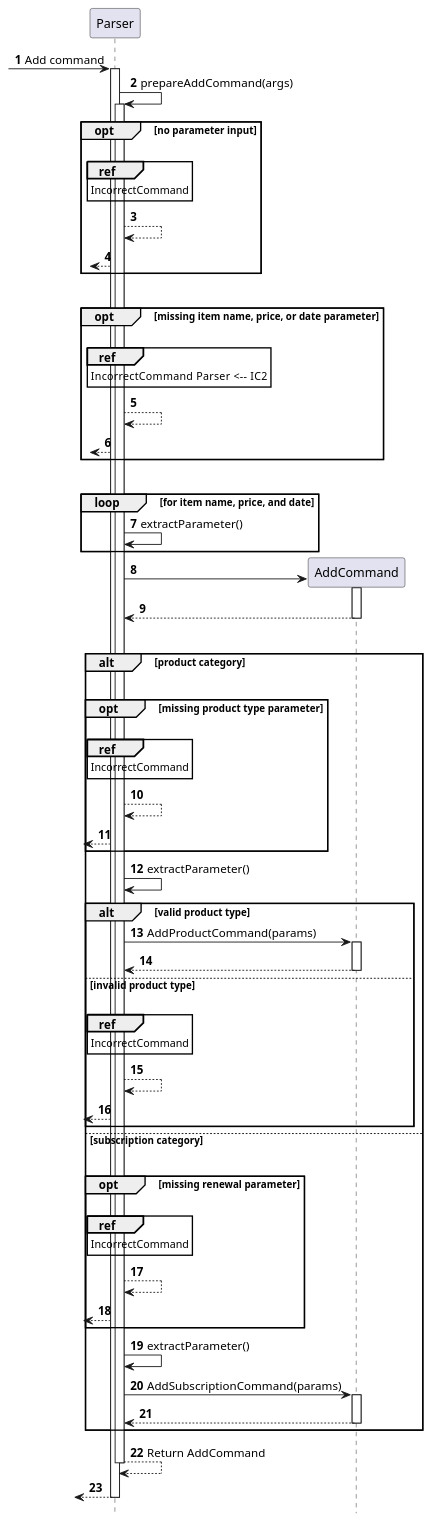
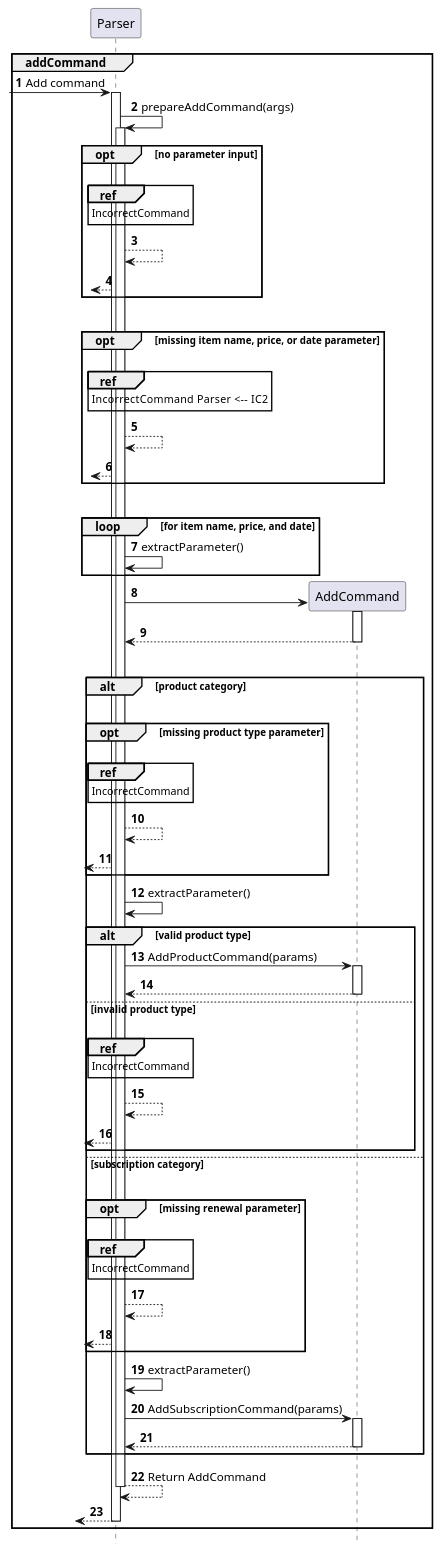
Before and after one commit to nus-cs2113-AY2122S2/tp: the diagram in docs/sequenceDiagrams/addCommand.puml, drawn with PlantUML. The commit also changed 17 other files, not shown here.

Commit message:
add sequnce diagram to DG

```diff
--- a/docs/sequenceDiagrams/addCommand.puml
+++ b/docs/sequenceDiagrams/addCommand.puml
@@ -1,82 +1,83 @@
 @startuml
 'https://plantuml.com/sequence-diagram
 
 hide footbox
 autonumber
-
+group addCommand
 ?-> Parser: Add command
 Activate Parser
 Parser -> Parser: prepareAddCommand(args)
 Activate Parser
 
 opt no parameter input
     |||
     ref over Parser: IncorrectCommand
     Parser --> Parser
     ?<-- Parser
 end
 
 |||
 activate Parser
 opt missing item name, price, or date parameter
     |||
     ref over Parser: IncorrectCommand    Parser <-- IC2
     Parser --> Parser
     ?<-- Parser
 end
 
 |||
 loop for item name, price, and date
     Parser -> Parser: extractParameter()
 end
 
 Parser -> AddCommand **
 Activate AddCommand
 Parser <-- AddCommand
 Deactivate AddCommand
 |||
 alt product category
     |||
     opt missing product type parameter
         |||
         ref over Parser: IncorrectCommand
         Parser --> Parser
         ?<-- Parser
     end
 
     Parser -> Parser: extractParameter()
 
     alt valid product type
         Parser -> AddCommand: AddProductCommand(params)
         Activate AddCommand
         Parser <-- AddCommand
         Deactivate AddCommand
     else invalid product type
         |||
         ref over Parser: IncorrectCommand
                 Parser --> Parser
                 ?<-- Parser
     end
 
 else subscription category
     |||
     opt missing renewal parameter
         |||
         ref over Parser: IncorrectCommand
         Parser --> Parser
         ?<-- Parser
     end
 
     Parser -> Parser: extractParameter()
 
     Parser -> AddCommand: AddSubscriptionCommand(params)
     Activate AddCommand
     Parser <-- AddCommand
     Deactivate AddCommand
 end
 
 Parser --> Parser: Return AddCommand
 Deactivate Parser
 ?<-- Parser
 Deactivate Parser
+end
 @enduml
```
